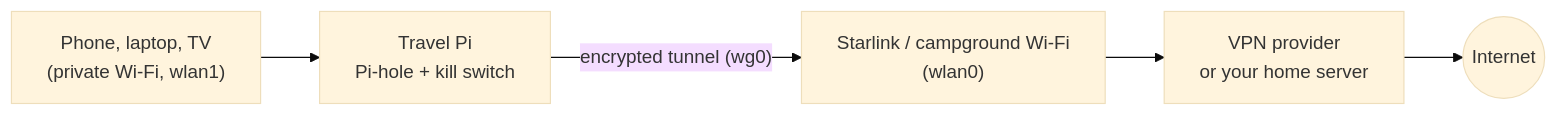
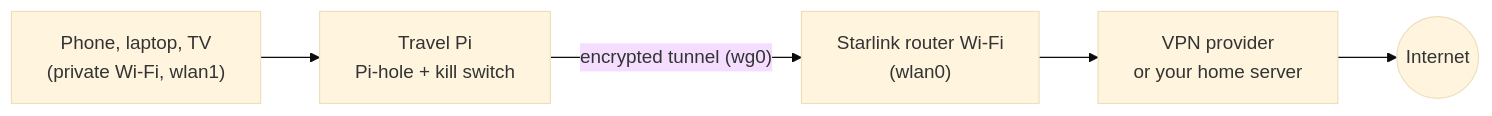
The diagram in travel-vpn/README.md (Tim-Conroy/RPi-Private-Router), drawn with Mermaid (base theme) before and after one commit. The commit also changed other lines of this file and 4 other files, not shown here.

````diff
--- a/travel-vpn/README.md
+++ b/travel-vpn/README.md
@@ -5,7 +5,7 @@
 ```mermaid
 flowchart LR
     A["Phone, laptop, TV<br/>(private Wi-Fi, wlan1)"] --> B["Travel Pi<br/>Pi-hole + kill switch"]
-    B -->|"encrypted tunnel (wg0)"| C["Starlink / campground Wi-Fi<br/>(wlan0)"]
+    B -->|"encrypted tunnel (wg0)"| C["Starlink router Wi-Fi<br/>(wlan0)"]
     C --> D["VPN provider<br/>or your home server"]
     D --> E((Internet))
 ```
````
